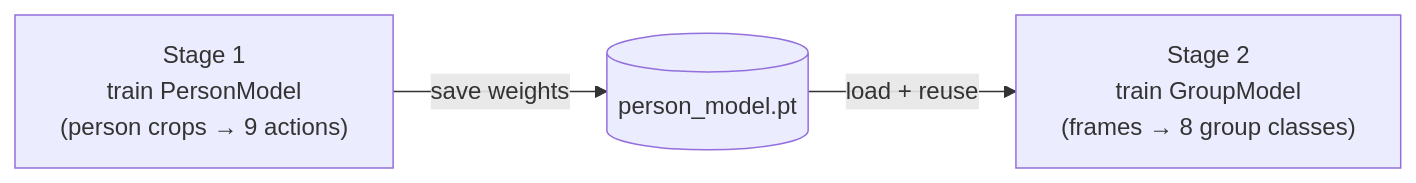
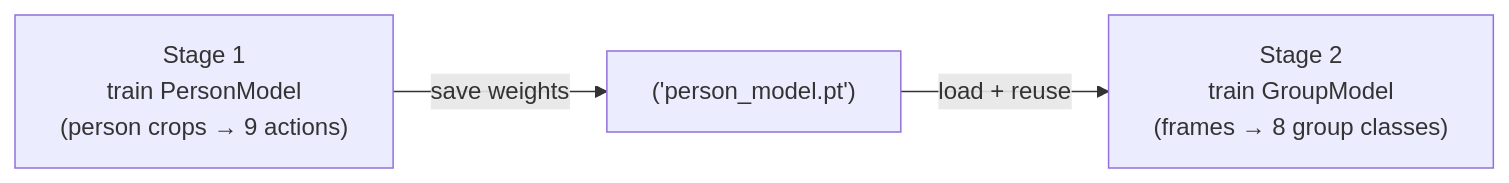
Before and after one commit to Abdo-Gamal/volleyball_project: diagram 12 of 23 in README.md, drawn with Mermaid. The commit also changed other lines of this file, not shown here.

````diff
--- a/README.md
+++ b/README.md
@@ -542,5 +542,5 @@
 ```mermaid
 flowchart LR
-    S1["Stage 1<br/>train PersonModel<br/>(person crops → 9 actions)"] -->|save weights| W[("person_model.pt")]
+    S1["Stage 1<br/>train PersonModel<br/>(person crops → 9 actions)"] -->|save weights| W["('person_model.pt')"]
     W -->|load + reuse| S2["Stage 2<br/>train GroupModel<br/>(frames → 8 group classes)"]
 ```
````
